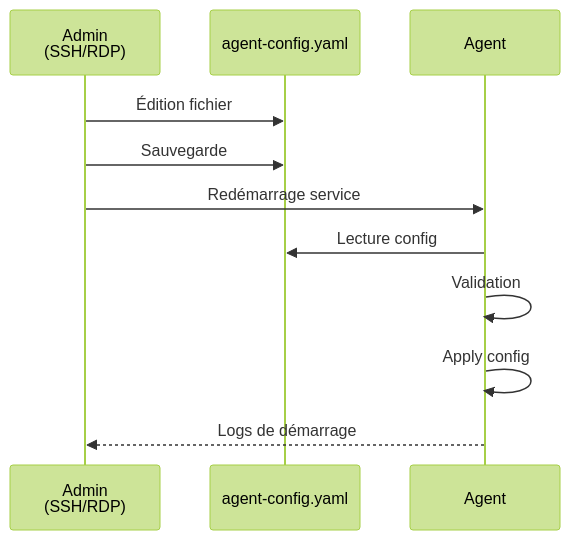
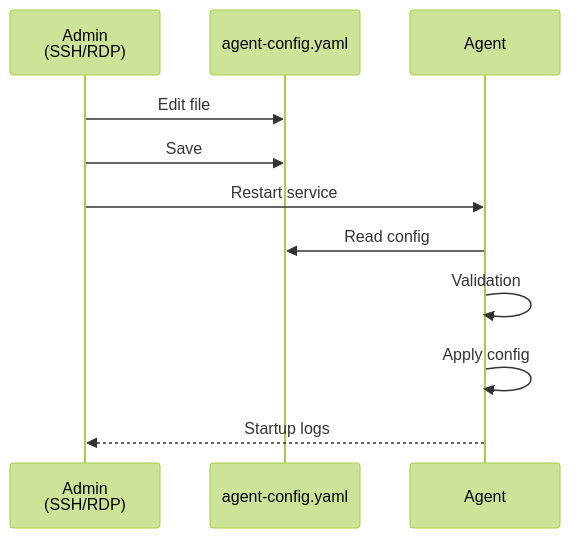
Before and after one commit to senhub-io/senhub-agent: the seventh of 13 diagrams in docs/user-guide/OPERATING-MODES.md, drawn with Mermaid (forest theme). The commit also changed other lines of this file and 1 other file, not shown here.

````diff
--- a/docs/user-guide/OPERATING-MODES.md
+++ b/docs/user-guide/OPERATING-MODES.md
@@ -440,14 +440,14 @@
 ```mermaid
 sequenceDiagram
     participant U as Admin<br/>(SSH/RDP)
     participant F as agent-config.yaml
     participant A as Agent
 
-    U->>F: Édition fichier
-    U->>F: Sauvegarde
-    U->>A: Redémarrage service
-    A->>F: Lecture config
+    U->>F: Edit file
+    U->>F: Save
+    U->>A: Restart service
+    A->>F: Read config
     A->>A: Validation
     A->>A: Apply config
-    A-->>U: Logs de démarrage
+    A-->>U: Startup logs
 ```
````
